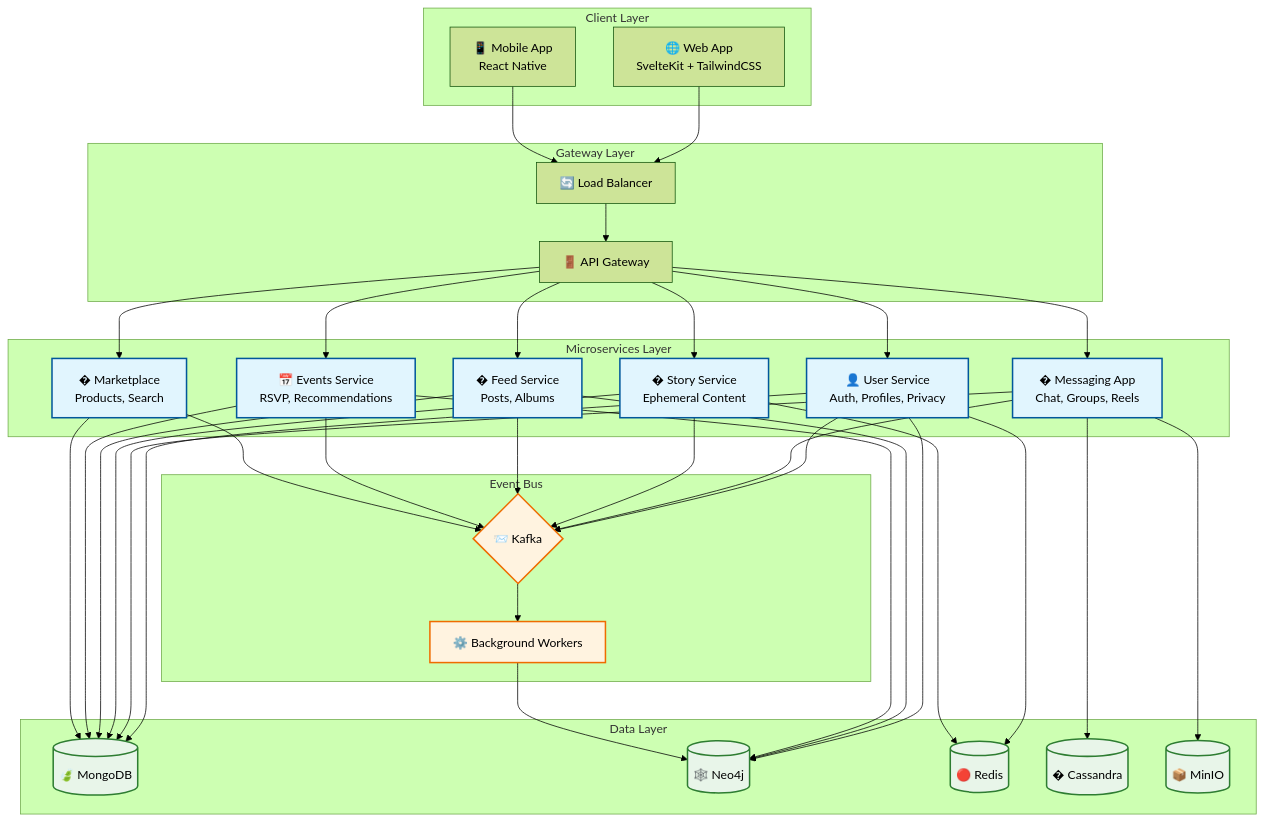
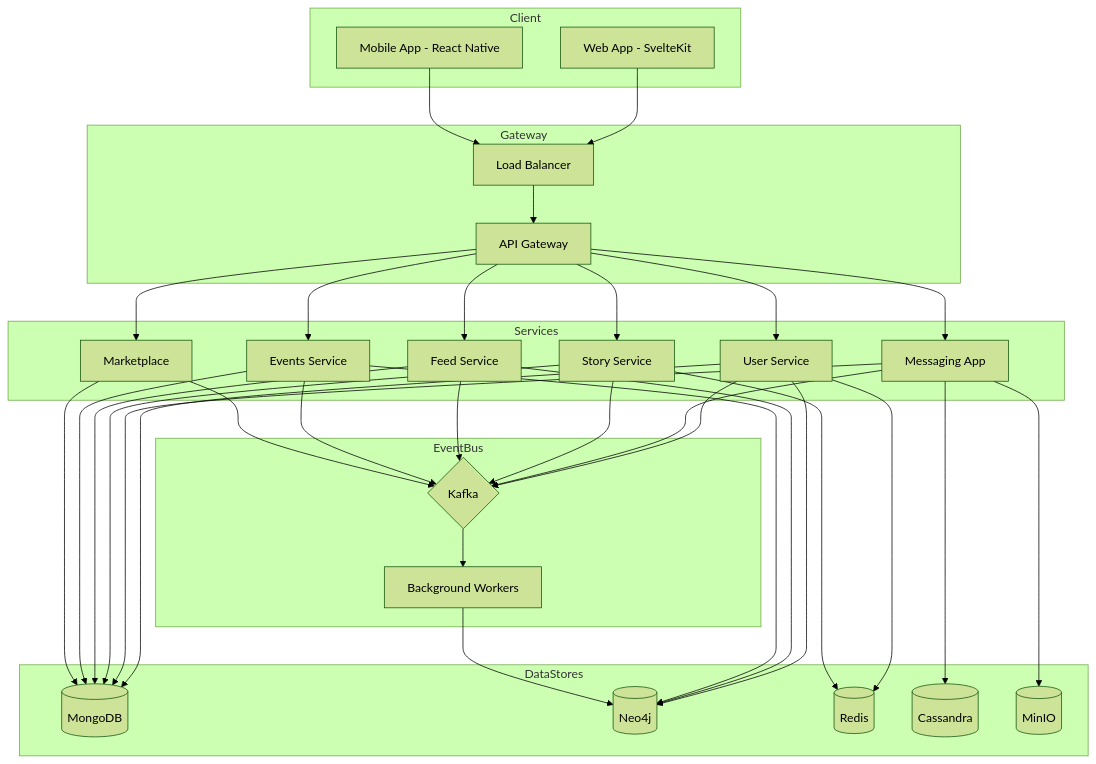
Before and after one commit to MuhibNayem/connectify-v2: the diagram in README.md, drawn with Mermaid (forest theme). The commit also changed other lines of this file, not shown here.

Commit message:
docs: Refactor README for cleaner Markdown, simplified structure, and updated diagram labels.

````diff
--- a/README.md
+++ b/README.md
@@ -105,66 +103,58 @@
 ```mermaid
 graph TD
-    subgraph "Client Layer"
-        Web[🌐 Web App<br/>SvelteKit + TailwindCSS]
-        Mobile[📱 Mobile App<br/>React Native]
+    subgraph Client
+        Web[Web App - SvelteKit]
+        Mobile[Mobile App - React Native]
     end
 
-    subgraph "Gateway Layer"
-        LB[🔄 Load Balancer]
-        Gateway[🚪 API Gateway]
+    subgraph Gateway
+        LB[Load Balancer]
+        API[API Gateway]
     end
 
     Web --> LB
     Mobile --> LB
-    LB --> Gateway
+    LB --> API
 
-    subgraph "Microservices Layer"
-        Gateway --> UserSvc[👤 User Service<br/>Auth, Profiles, Privacy]
-        Gateway --> MsgSvc[� Messaging App<br/>Chat, Groups, Reels]
-        Gateway --> StorySvc[� Story Service<br/>Ephemeral Content]
-        Gateway --> FeedSvc[� Feed Service<br/>Posts, Albums]
-        Gateway --> EventSvc[📅 Events Service<br/>RSVP, Recommendations]
-        Gateway --> MktSvc[�️ Marketplace<br/>Products, Search]
+    subgraph Services
+        API --> UserSvc[User Service]
+        API --> MsgSvc[Messaging App]
+        API --> StorySvc[Story Service]
+        API --> FeedSvc[Feed Service]
+        API --> EventSvc[Events Service]
+        API --> MktSvc[Marketplace]
     end
 
-    subgraph "Data Layer"
-        UserSvc --> MongoDB[(🍃 MongoDB)]
-        UserSvc --> Neo4j[(🕸️ Neo4j)]
-        UserSvc --> Redis[(🔴 Redis)]
+    subgraph DataStores
+        UserSvc --> MongoDB[(MongoDB)]
+        UserSvc --> Neo4j[(Neo4j)]
+        UserSvc --> Redis[(Redis)]
         
         MsgSvc --> MongoDB
-        MsgSvc --> Cassandra[(� Cassandra)]
-        MsgSvc --> MinIO[(📦 MinIO)]
+        MsgSvc --> Cassandra[(Cassandra)]
+        MsgSvc --> MinIO[(MinIO)]
         
         StorySvc --> MongoDB
         StorySvc --> Redis
         
         FeedSvc --> MongoDB
         FeedSvc --> Neo4j
         
         EventSvc --> MongoDB
         EventSvc --> Neo4j
         
         MktSvc --> MongoDB
     end
 
-    subgraph "Event Bus"
-        UserSvc --> Kafka{📨 Kafka}
+    subgraph EventBus
+        UserSvc --> Kafka{Kafka}
         MsgSvc --> Kafka
         StorySvc --> Kafka
         FeedSvc --> Kafka
         EventSvc --> Kafka
         MktSvc --> Kafka
         
-        Kafka --> Workers[⚙️ Background Workers]
+        Kafka --> Workers[Background Workers]
         Workers --> Neo4j
     end
-
-    classDef svc fill:#e1f5fe,stroke:#01579b,stroke-width:2px
-    classDef db fill:#e8f5e9,stroke:#2e7d32,stroke-width:2px
-    classDef bus fill:#fff3e0,stroke:#ef6c00,stroke-width:2px
-    
-    class UserSvc,MsgSvc,StorySvc,FeedSvc,EventSvc,MktSvc svc
-    class MongoDB,Neo4j,Redis,Cassandra,MinIO db
-    class Kafka,Workers bus
 ```
````
